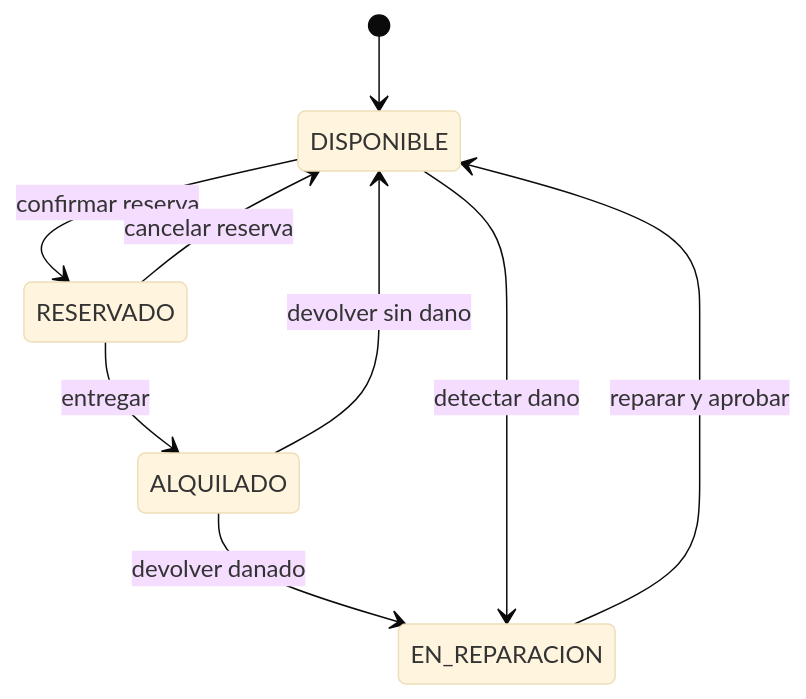
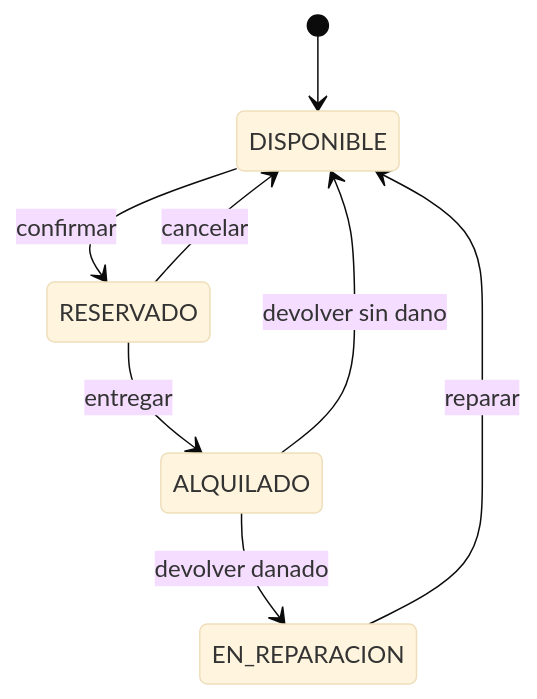
The seventh of 10 diagrams in PLAN_PROYECTO.md (HectorARiascosI/musical-rent-api), drawn with Mermaid (base theme) before and after one commit. The commit also changed other lines of this file, not shown here.

````diff
--- a/PLAN_PROYECTO.md
+++ b/PLAN_PROYECTO.md
@@ -2189,11 +834,10 @@
 ```mermaid
 stateDiagram-v2
-  [*] --> DISPONIBLE
-  DISPONIBLE --> RESERVADO: confirmar reserva
-  RESERVADO --> ALQUILADO: entregar
-  RESERVADO --> DISPONIBLE: cancelar reserva
-  ALQUILADO --> DISPONIBLE: devolver sin dano
-  ALQUILADO --> EN_REPARACION: devolver danado
-  EN_REPARACION --> DISPONIBLE: reparar y aprobar
-  DISPONIBLE --> EN_REPARACION: detectar dano
+    [*] --> DISPONIBLE
+    DISPONIBLE --> RESERVADO: confirmar
+    RESERVADO --> ALQUILADO: entregar
+    RESERVADO --> DISPONIBLE: cancelar
+    ALQUILADO --> DISPONIBLE: devolver sin dano
+    ALQUILADO --> EN_REPARACION: devolver danado
+    EN_REPARACION --> DISPONIBLE: reparar
 ```
````
